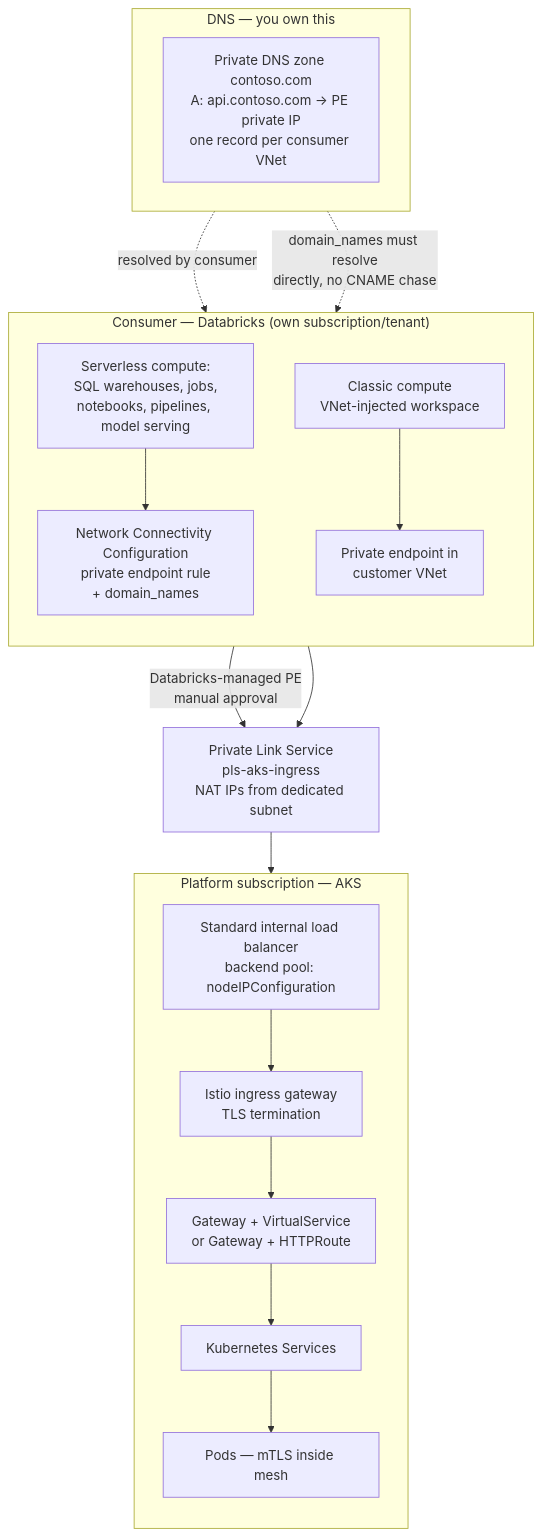
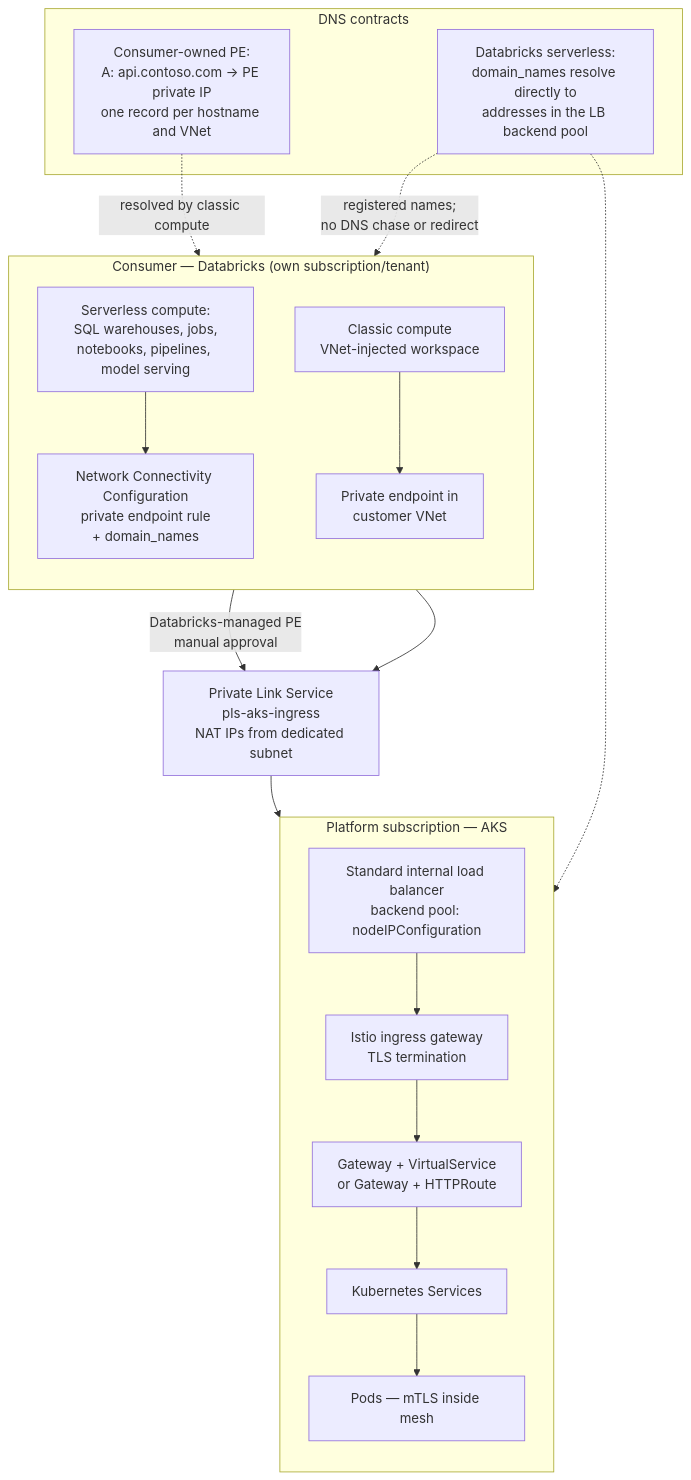
One commit to davidmarkgardiner/kagent-public changed the second of 8 diagrams in docs/aks-private-link/REVIEW.md. Above: the diagram before and after it, drawn with Mermaid. The commit also changed other lines of this file and 2 other files, not shown here.

Commit message:
no-mistakes(review): Correct Private Link DNS, permissions, and timeout guidance

````diff
--- a/docs/aks-private-link/REVIEW.md
+++ b/docs/aks-private-link/REVIEW.md
@@ -111,33 +111,35 @@
 ```mermaid
 flowchart TB
   subgraph CONSUMER["Consumer — Databricks (own subscription/tenant)"]
     direction TB
     S1["Serverless compute:<br/>SQL warehouses, jobs,<br/>notebooks, pipelines, model serving"]
     NCC["Network Connectivity Configuration<br/>private endpoint rule<br/>+ domain_names"]
     C1["Classic compute<br/>VNet-injected workspace"]
     PE2["Private endpoint in<br/>customer VNet"]
     S1 --> NCC
     C1 --> PE2
   end
 
   PLS["Private Link Service<br/>pls-aks-ingress<br/>NAT IPs from dedicated subnet"]
   NCC -->|"Databricks-managed PE<br/>manual approval"| PLS
   PE2 --> PLS
 
   subgraph PLATFORM["Platform subscription — AKS"]
     direction TB
     ILB["Standard internal load balancer<br/>backend pool: nodeIPConfiguration"]
     GW["Istio ingress gateway<br/>TLS termination"]
     R["Gateway + VirtualService<br/>or Gateway + HTTPRoute"]
     SVC["Kubernetes Services"]
     POD["Pods — mTLS inside mesh"]
     ILB --> GW --> R --> SVC --> POD
   end
   PLS --> ILB
 
-  subgraph DNS["DNS — you own this"]
-    Z["Private DNS zone contoso.com<br/>A: api.contoso.com -> PE private IP<br/>one record per consumer VNet"]
+  subgraph DNS["DNS contracts"]
+    Z["Consumer-owned PE:<br/>A: api.contoso.com -> PE private IP<br/>one record per hostname and VNet"]
+    NZ["Databricks serverless:<br/>domain_names resolve directly to<br/>addresses in the LB backend pool"]
   end
-  DNS -.->|"resolved by consumer"| PE2
-  DNS -.->|"domain_names must resolve<br/>directly, no CNAME chase"| NCC
+  Z -.->|"resolved by classic compute"| PE2
+  NZ -.->|"registered names;<br/>no DNS chase or redirect"| NCC
+  NZ -.-> ILB
 ```
````
